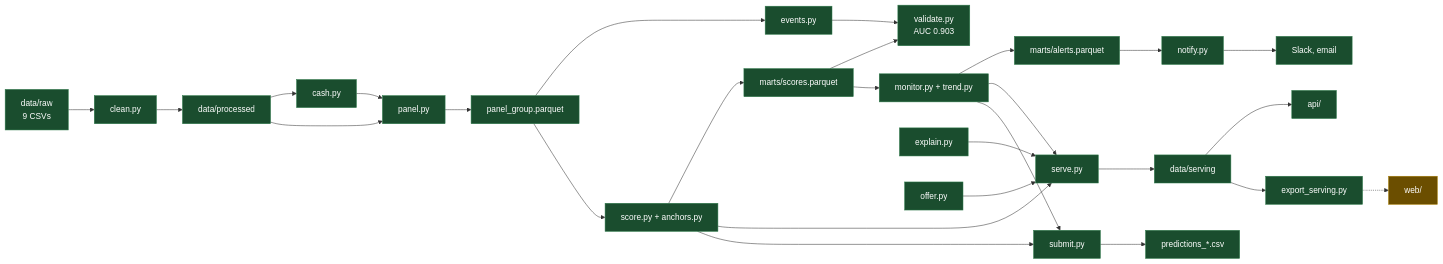
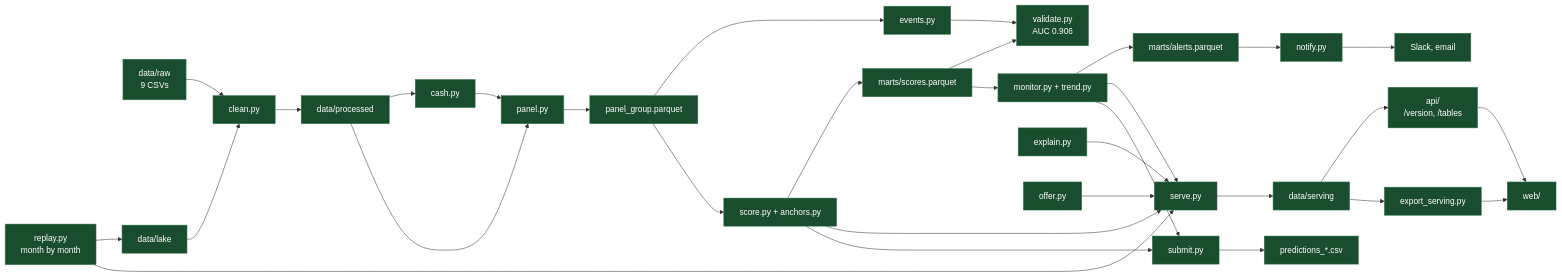
Before and after one commit to felipemagr/hackspain: the diagram in docs/status.md, drawn with Mermaid. The commit also changed other lines of this file and 22 other files, not shown here.

Commit message:
feat: live replay, month by month

````diff
--- a/docs/status.md
+++ b/docs/status.md
@@ -57,22 +59,21 @@
 ```mermaid
 flowchart LR
     raw["data/raw<br/>9 CSVs"] --> clean["clean.py"] --> proc["data/processed"]
     proc --> cash["cash.py"] --> panel["panel.py"]
     proc --> panel
     panel --> pg["panel_group.parquet"]
-    pg --> events["events.py"] --> val["validate.py<br/>AUC 0.903"]
+    pg --> events["events.py"] --> val["validate.py<br/>AUC 0.906"]
     pg --> score["score.py + anchors.py"] --> sc["marts/scores.parquet"]
     sc --> val
     sc --> monitor["monitor.py + trend.py"] --> al["marts/alerts.parquet"]
     al --> notify["notify.py"] --> out["Slack, email"]
     score & monitor & explain["explain.py"] & offer["offer.py"] --> serve["serve.py"] --> serving["data/serving"]
     score & monitor --> submit["submit.py"] --> pred["predictions_*.csv"]
-    serving --> api["api/"]
-    serving --> exp["export_serving.py"] -.-> web["web/"]
+    serving --> api["api/<br/>/version, /tables"] --> web["web/"]
+    serving --> exp["export_serving.py"] --> web
+    replay["replay.py<br/>month by month"] --> lake["data/lake"] --> clean
+    replay --> serve
 
     classDef built fill:#1a4d2e,stroke:#2d7a4a,color:#fff
-    classDef mock fill:#6b4e00,stroke:#a67c00,color:#fff
-    classDef todo fill:#3d3d3d,stroke:#666,color:#aaa,stroke-dasharray: 4 3
-    class raw,clean,proc,cash,panel,pg,events,score,sc,val,exp,api,monitor,al,notify,out,explain,offer,serve,serving,submit,pred built
-    class web mock
+    class raw,clean,proc,cash,panel,pg,events,score,sc,val,exp,api,monitor,al,notify,out,explain,offer,serve,serving,submit,pred,web,replay,lake built
 ```
````
